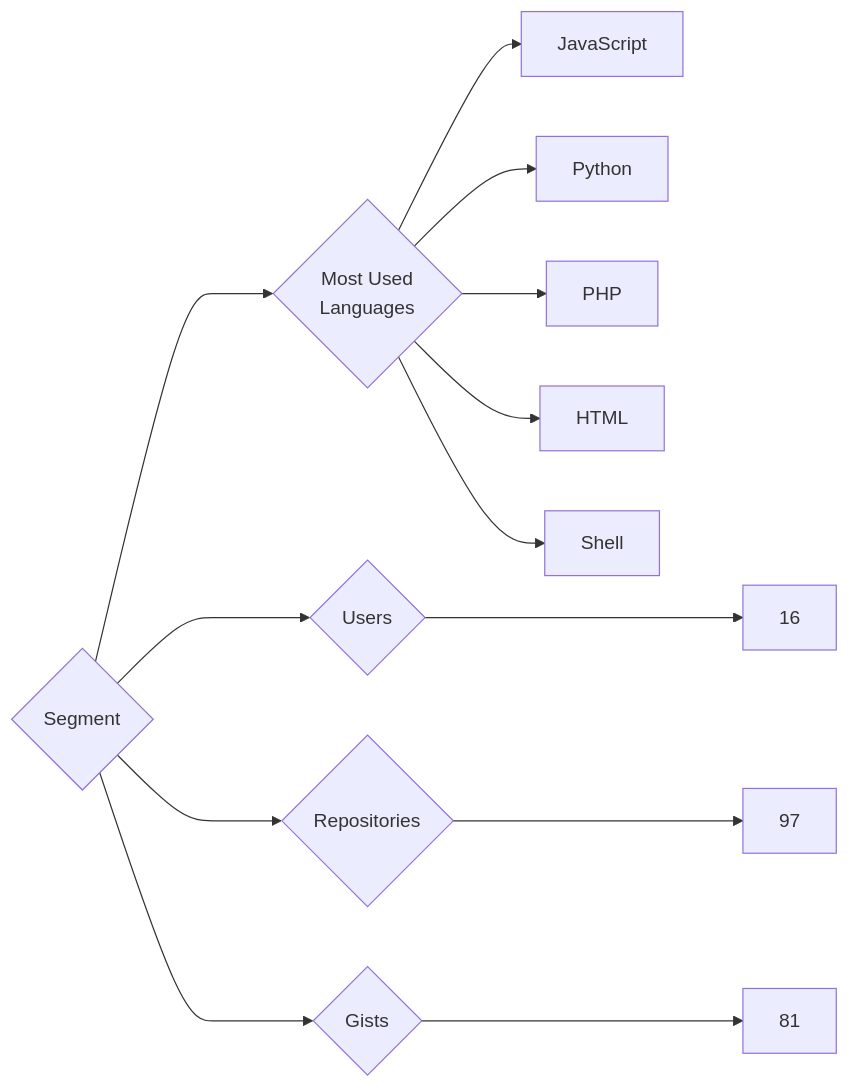
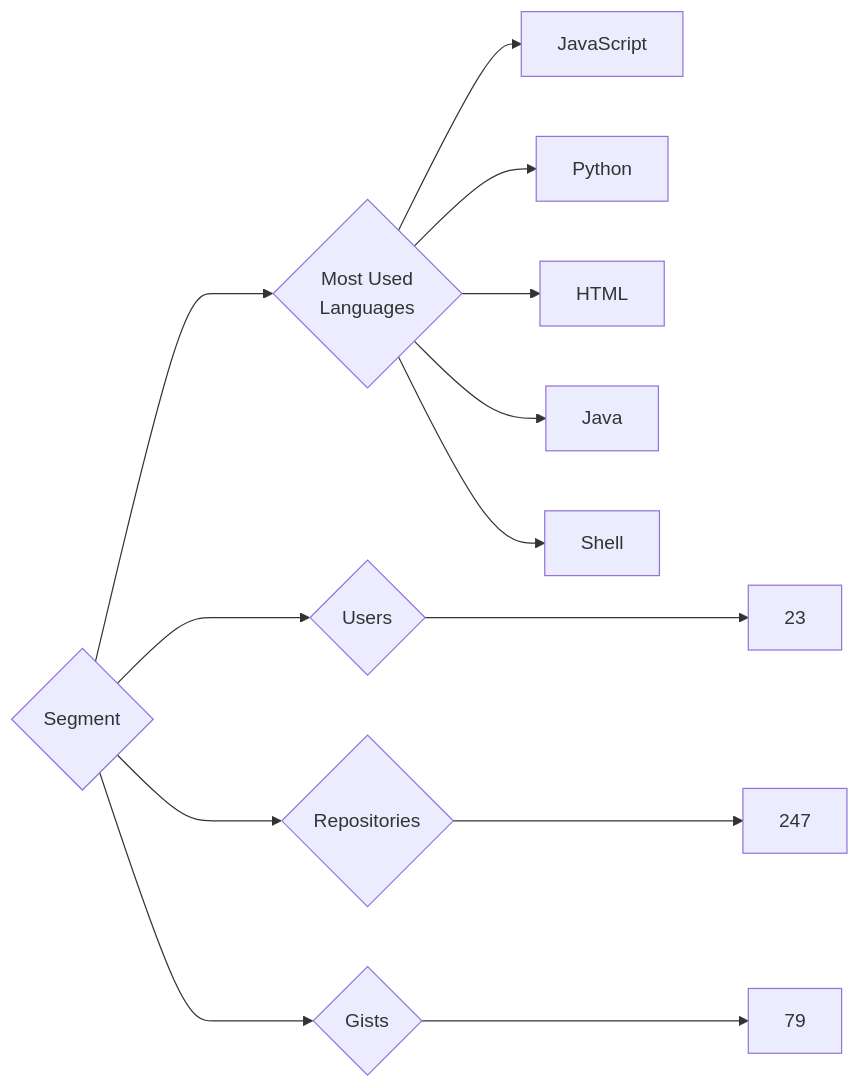
Before and after one commit to trickest/insiders: the diagram in targets/Segment/README.md, drawn with Mermaid. The commit also changed 912 other files, not shown here.

````diff
--- a/targets/Segment/README.md
+++ b/targets/Segment/README.md
@@ -3,13 +3,13 @@
 ```mermaid
 graph LR
 COMPANY_NAME{Segment}
-COMPANY_NAME ---> U{Users} ---> UN[16]
-COMPANY_NAME ---> R{Repositories} ---> RN[97]
-COMPANY_NAME ---> G{Gists} ---> GN[81]
+COMPANY_NAME ---> U{Users} ---> UN[23]
+COMPANY_NAME ---> R{Repositories} ---> RN[247]
+COMPANY_NAME ---> G{Gists} ---> GN[79]
 COMPANY_NAME ---> ML{Most Used<br>Languages}
 ML --> JavaScript[JavaScript]
 ML --> Python[Python]
-ML --> PHP[PHP]
 ML --> HTML[HTML]
+ML --> Java[Java]
 ML --> Shell[Shell]
 ```
````
